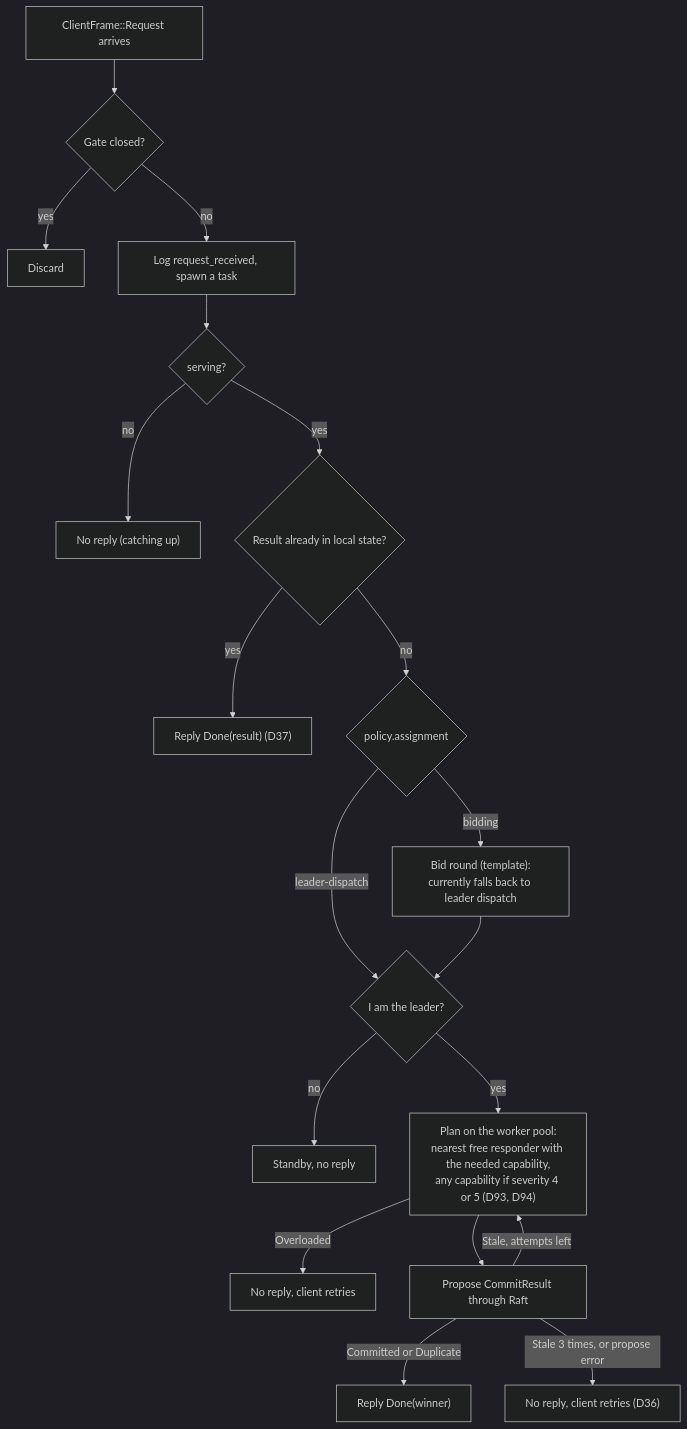
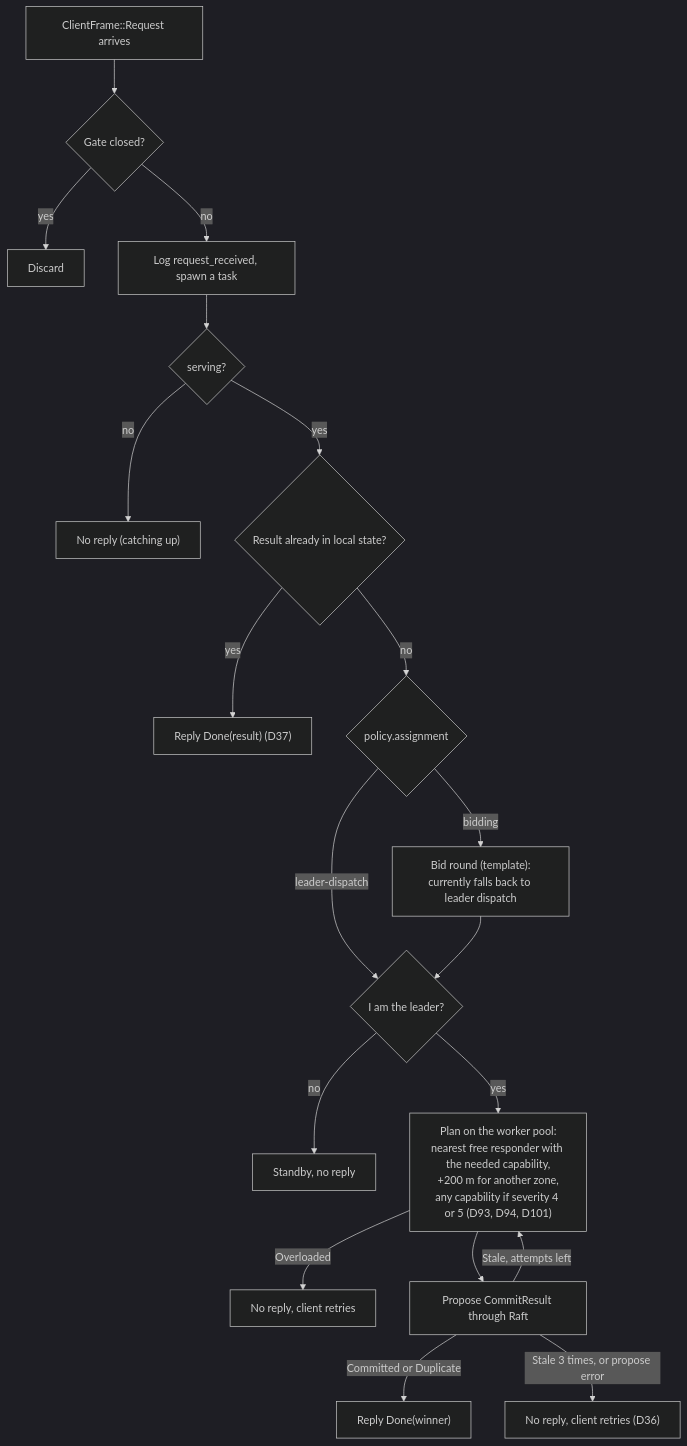
Before and after one commit to noortaytoy1/DistributedSystems: diagram 19 of 27 in docs/architecture.md, drawn with Mermaid (dark theme). The commit also changed other lines of this file and 3 other files, not shown here.

````diff
--- a/docs/architecture.md
+++ b/docs/architecture.md
@@ -686,21 +686,21 @@
 ```mermaid
 flowchart TD
     REQ["ClientFrame::Request arrives"] --> GATE{"Gate closed?"}
     GATE -->|yes| DROP["Discard"]
     GATE -->|no| LOG["Log request_received, spawn a task"]
     LOG --> SERV{"serving?"}
     SERV -->|no| QUIET1["No reply (catching up)"]
     SERV -->|yes| DONE{"Result already in local state?"}
     DONE -->|yes| REPLY1["Reply Done(result) (D37)"]
     DONE -->|no| POL{"policy.assignment"}
     POL -->|leader-dispatch| LEAD{"I am the leader?"}
     POL -->|bidding| BID["Bid round (template):<br/>currently falls back to leader dispatch"]
     BID --> LEAD
     LEAD -->|no| QUIET2["Standby, no reply"]
-    LEAD -->|yes| PLAN["Plan on the worker pool:<br/>nearest free responder with the needed capability,<br/>any capability if severity 4 or 5 (D93, D94)"]
+    LEAD -->|yes| PLAN["Plan on the worker pool:<br/>nearest free responder with the needed capability,<br/>+200 m for another zone,<br/>any capability if severity 4 or 5 (D93, D94, D101)"]
     PLAN -->|Overloaded| QUIET3["No reply, client retries"]
     PLAN --> PROP["Propose CommitResult through Raft"]
     PROP -->|Committed or Duplicate| REPLY2["Reply Done(winner)"]
     PROP -->|Stale, attempts left| PLAN
     PROP -->|Stale 3 times, or propose error| QUIET4["No reply, client retries (D36)"]
 ```
````
